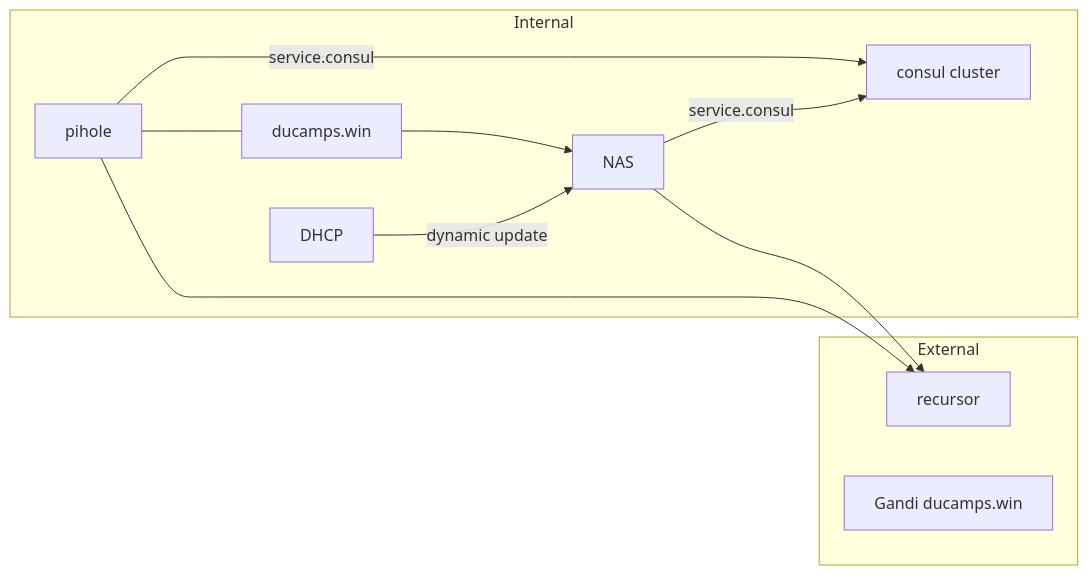
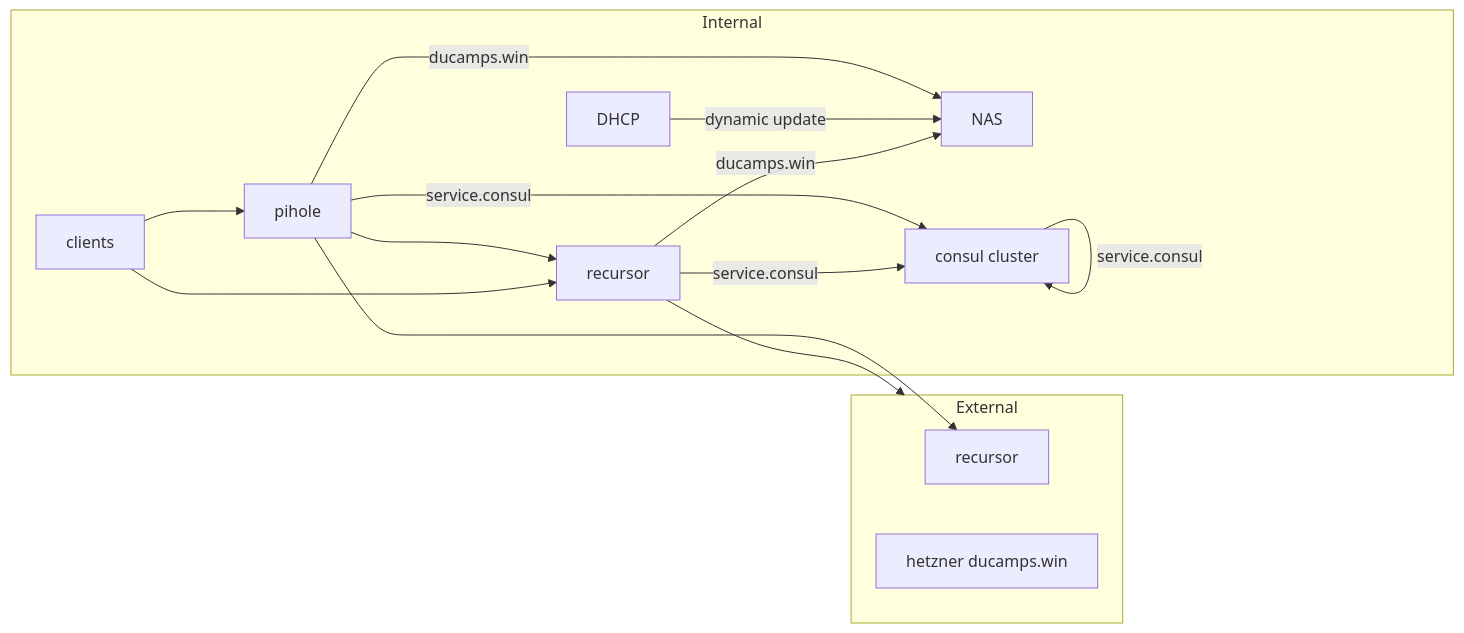
The diagram in docs/Concepts/DNS.md (vincentDcmps/homelab), drawn with Mermaid before and after one commit. The commit also changed other lines of this file, not shown here.

Commit message:
docs: update DNS schema

````diff
--- a/docs/Concepts/DNS.md
+++ b/docs/Concepts/DNS.md
@@ -3,16 +3,21 @@
 ```mermaid
 flowchart LR
   subgraph External
-  recursor
-  GandiDns[ Gandi ducamps.win]
+  externalRecursor[recursor]
+  GandiDns[ hetzner ducamps.win]
   end
   subgraph Internal
-  pihole[pihole]----ducamps.win-->NAS
+  pihole[pihole]--ducamps.win-->NAS
   pihole--service.consul-->consul[consul cluster]
+  pihole--->recursor
+  recursor--service.consul-->consul
   DHCP --dynamic update--> NAS
-  NAS--service.consul-->consul
+  NAS
+  recursor--ducamps.win-->NAS
+  consul--service.consul--->consul
+  clients--->pihole
+  clients--->recursor
   end
-  NAS --> recursor
-  pihole --> recursor
-
+  pihole --> externalRecursor
+  recursor-->External
 ```
````
